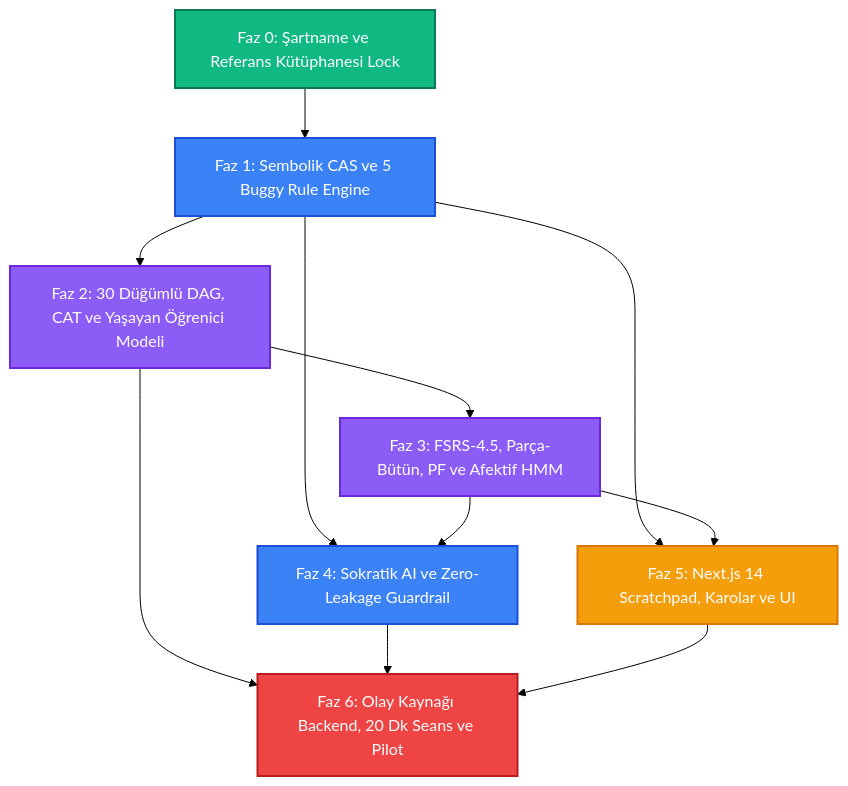
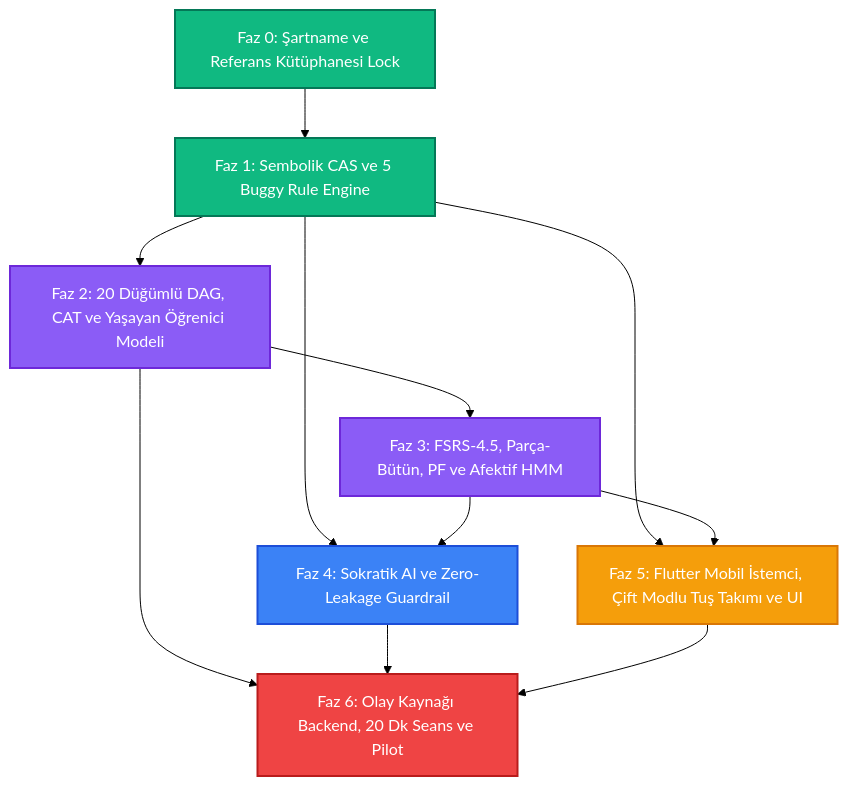
The diagram in ROADMAP.md (WinierKingYT/mobilders), drawn with Mermaid (forest theme) before and after one commit. The commit also changed other lines of this file and 5 other files, not shown here.

````diff
--- a/ROADMAP.md
+++ b/ROADMAP.md
@@ -163,22 +163,22 @@
 ```mermaid
 graph TD
     classDef done fill:#10B981,stroke:#047857,stroke-width:2px,color:#fff;
     classDef core fill:#3B82F6,stroke:#1D4ED8,stroke-width:2px,color:#fff;
     classDef brain fill:#8B5CF6,stroke:#6D28D9,stroke-width:2px,color:#fff;
     classDef ui fill:#F59E0B,stroke:#D97706,stroke-width:2px,color:#fff;
     classDef deploy fill:#EF4444,stroke:#B91C1C,stroke-width:2px,color:#fff;
 
     F0[Faz 0: Şartname ve Referans Kütüphanesi Lock]:::done
     
-    F0 --> M1[Faz 1: Sembolik CAS ve 5 Buggy Rule Engine]:::core
+    F0 --> M1[Faz 1: Sembolik CAS ve 5 Buggy Rule Engine]:::done
     
-    M1 --> M2[Faz 2: 30 Düğümlü DAG, CAT ve Yaşayan Öğrenici Modeli]:::brain
+    M1 --> M2[Faz 2: 20 Düğümlü DAG, CAT ve Yaşayan Öğrenici Modeli]:::brain
     
     M2 --> M3[Faz 3: FSRS-4.5, Parça-Bütün, PF ve Afektif HMM]:::brain
     
     M1 & M3 --> M4[Faz 4: Sokratik AI ve Zero-Leakage Guardrail]:::core
     
-    M1 & M3 --> M5[Faz 5: Next.js 14 Scratchpad, Karolar ve UI]:::ui
+    M1 & M3 --> M5[Faz 5: Flutter Mobil İstemci, Çift Modlu Tuş Takımı ve UI]:::ui
     
     M2 & M4 & M5 --> M6[Faz 6: Olay Kaynağı Backend, 20 Dk Seans ve Pilot]:::deploy
 ```
````
